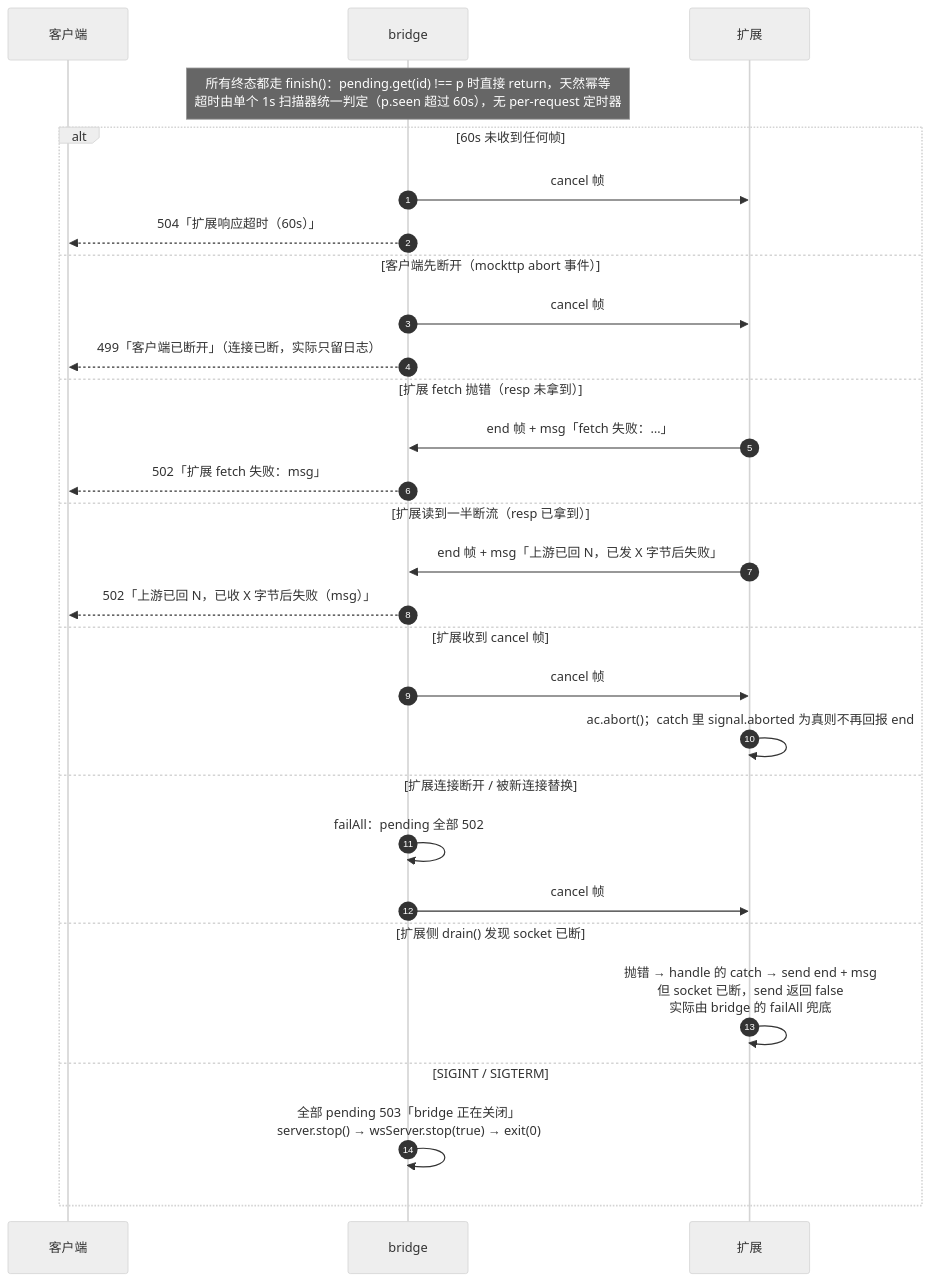
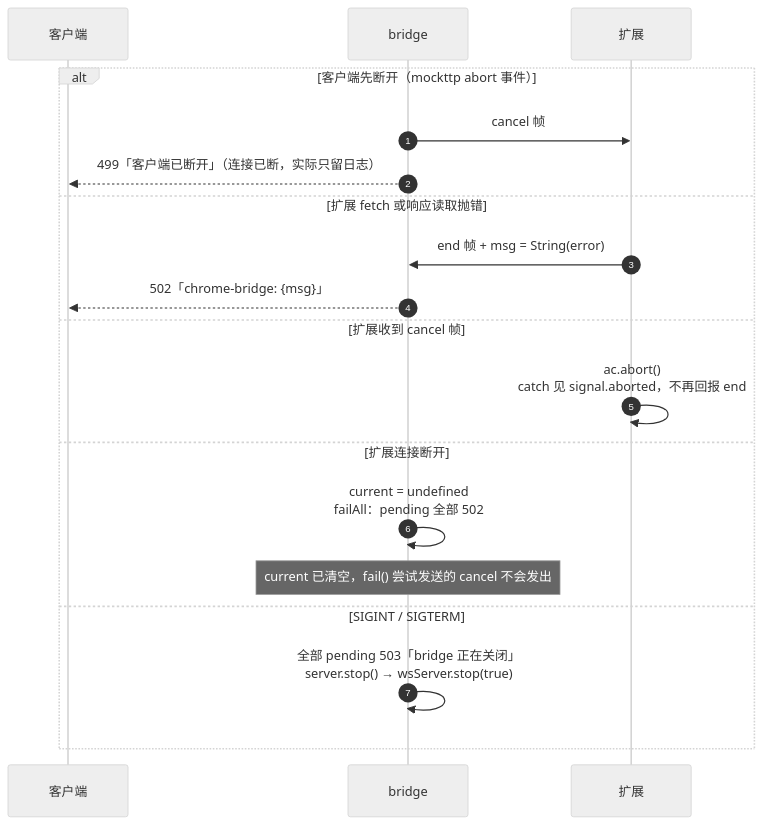
One commit to XhstormR/chrome-bridge changed the fourth of 5 diagrams in README.md. Above: the diagram before and after it, drawn with Mermaid (neutral theme). The commit also changed other lines of this file and 5 other files, not shown here.

````diff
--- a/README.md
+++ b/README.md
@@ -147,33 +152,22 @@
 ```mermaid
 sequenceDiagram
     autonumber
     participant C as 客户端
     participant P as bridge
     participant E as 扩展
 
-    Note over P: 所有终态都走 finish()：pending.get(id) !== p 时直接 return，天然幂等<br/>超时由单个 1s 扫描器统一判定（p.seen 超过 60s），无 per-request 定时器
-
-    alt 60s 未收到任何帧
-        P->>E: cancel 帧
-        P-->>C: 504「扩展响应超时（60s）」
-    else 客户端先断开（mockttp abort 事件）
+    alt 客户端先断开（mockttp abort 事件）
         P->>E: cancel 帧
         P-->>C: 499「客户端已断开」（连接已断，实际只留日志）
-    else 扩展 fetch 抛错（resp 未拿到）
-        E->>P: end 帧 + msg「fetch 失败：…」
-        P-->>C: 502「扩展 fetch 失败：msg」
-    else 扩展读到一半断流（resp 已拿到）
-        E->>P: end 帧 + msg「上游已回 N，已发 X 字节后失败」
-        P-->>C: 502「上游已回 N，已收 X 字节后失败（msg）」
+    else 扩展 fetch 或响应读取抛错
+        E->>P: end 帧 + msg = String(error)
+        P-->>C: 502「chrome-bridge: {msg}」
     else 扩展收到 cancel 帧
-        P->>E: cancel 帧
-        E->>E: ac.abort()；catch 里 signal.aborted 为真则不再回报 end
-    else 扩展连接断开 / 被新连接替换
-        P->>P: failAll：pending 全部 502
-        P->>E: cancel 帧
-    else 扩展侧 drain() 发现 socket 已断
-        E->>E: 抛错 → handle 的 catch → send end + msg<br/>但 socket 已断，send 返回 false<br/>实际由 bridge 的 failAll 兜底
+        E->>E: ac.abort()<br/>catch 见 signal.aborted，不再回报 end
+    else 扩展连接断开
+        P->>P: current = undefined<br/>failAll：pending 全部 502
+        Note over P: current 已清空，fail() 尝试发送的 cancel 不会发出
     else SIGINT / SIGTERM
-        P->>P: 全部 pending 503「bridge 正在关闭」<br/>server.stop() → wsServer.stop(true) → exit(0)
+        P->>P: 全部 pending 503「bridge 正在关闭」<br/>server.stop() → wsServer.stop(true)
     end
 ```
````
